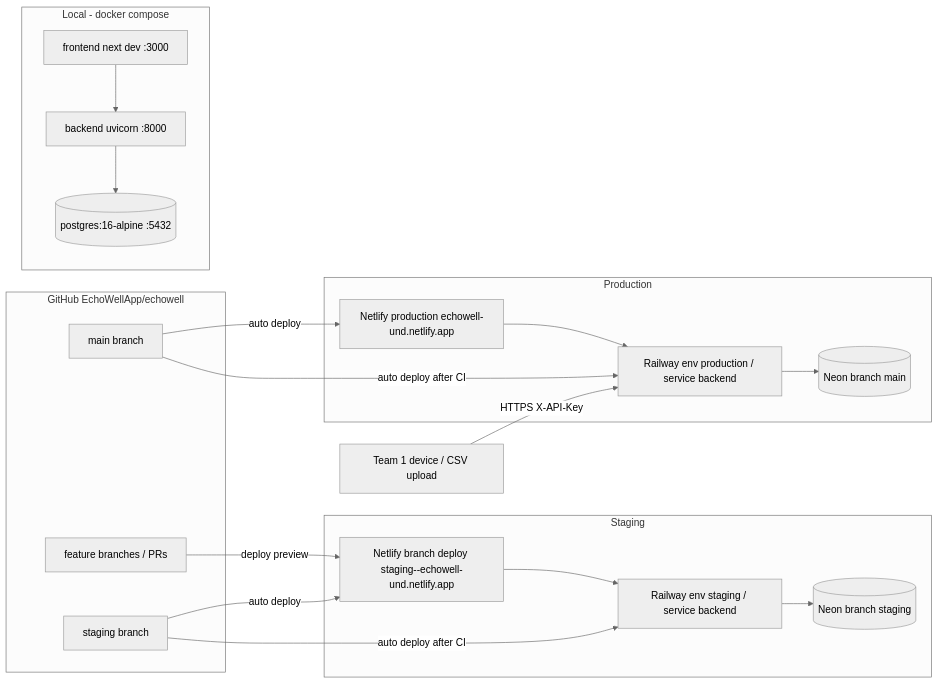
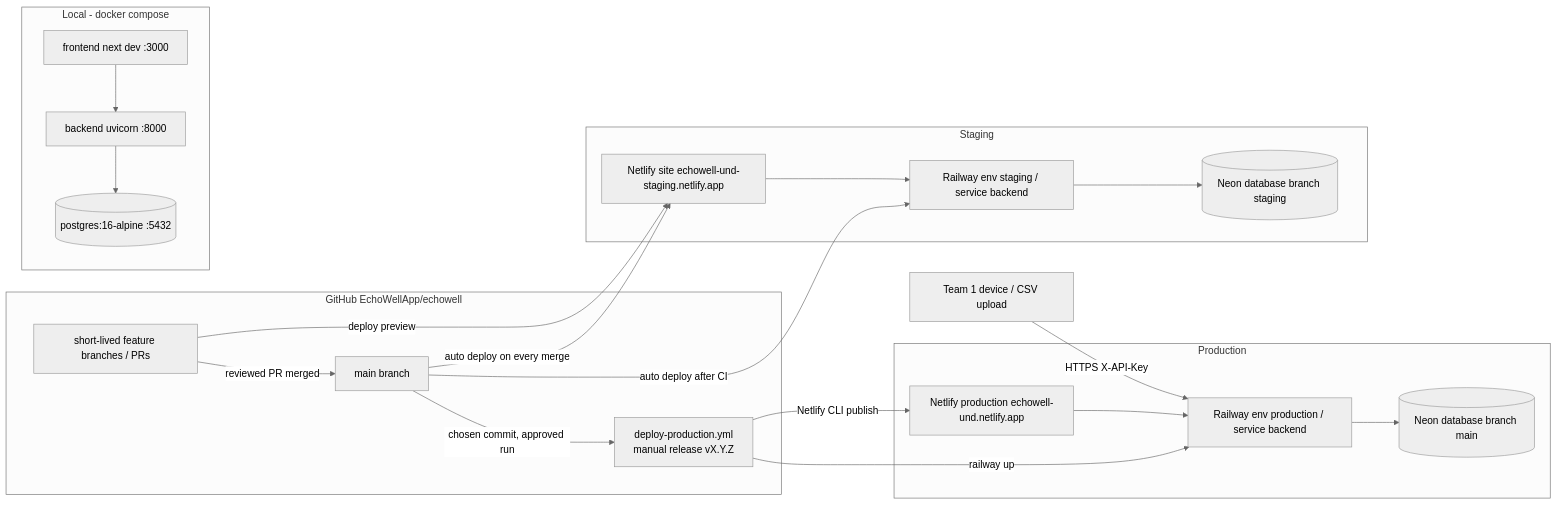
The first of 2 diagrams in specs/TRD/15_Deployment_and_DevOps_Spec.md (EchoWellApp/echowell), drawn with Mermaid (neutral theme) before and after one commit. The commit also changed other lines of this file and 53 other files, not shown here.

````diff
--- a/specs/TRD/15_Deployment_and_DevOps_Spec.md
+++ b/specs/TRD/15_Deployment_and_DevOps_Spec.md
@@ -62,32 +62,34 @@
 ```mermaid
 flowchart LR
   subgraph GH[GitHub EchoWellApp/echowell]
+    PR[short-lived feature branches / PRs]
     M[main branch]
-    S[staging branch]
-    PR[feature branches / PRs]
+    REL[deploy-production.yml<br/>manual release vX.Y.Z]
   end
   subgraph Local[Local - docker compose]
     LDB[(postgres:16-alpine :5432)]
     LBE[backend uvicorn :8000]
     LFE[frontend next dev :3000]
     LFE --> LBE --> LDB
   end
   subgraph Staging
-    NS[Netlify branch deploy staging--echowell-und.netlify.app]
+    NS[Netlify site echowell-und-staging.netlify.app]
     RS[Railway env staging / service backend]
-    DS[(Neon branch staging)]
+    DS[(Neon database branch staging)]
     NS --> RS --> DS
   end
   subgraph Production
     NP[Netlify production echowell-und.netlify.app]
     RP[Railway env production / service backend]
-    DP[(Neon branch main)]
+    DP[(Neon database branch main)]
     NP --> RP --> DP
   end
   PR -- deploy preview --> NS
-  S -- auto deploy --> NS
-  S -- auto deploy after CI --> RS
-  M -- auto deploy --> NP
-  M -- auto deploy after CI --> RP
+  PR -- reviewed PR merged --> M
+  M -- auto deploy on every merge --> NS
+  M -- auto deploy after CI --> RS
+  M -- chosen commit, approved run --> REL
+  REL -- Netlify CLI publish --> NP
+  REL -- railway up --> RP
   Device[Team 1 device / CSV upload] -- HTTPS X-API-Key --> RP
 ```
````
